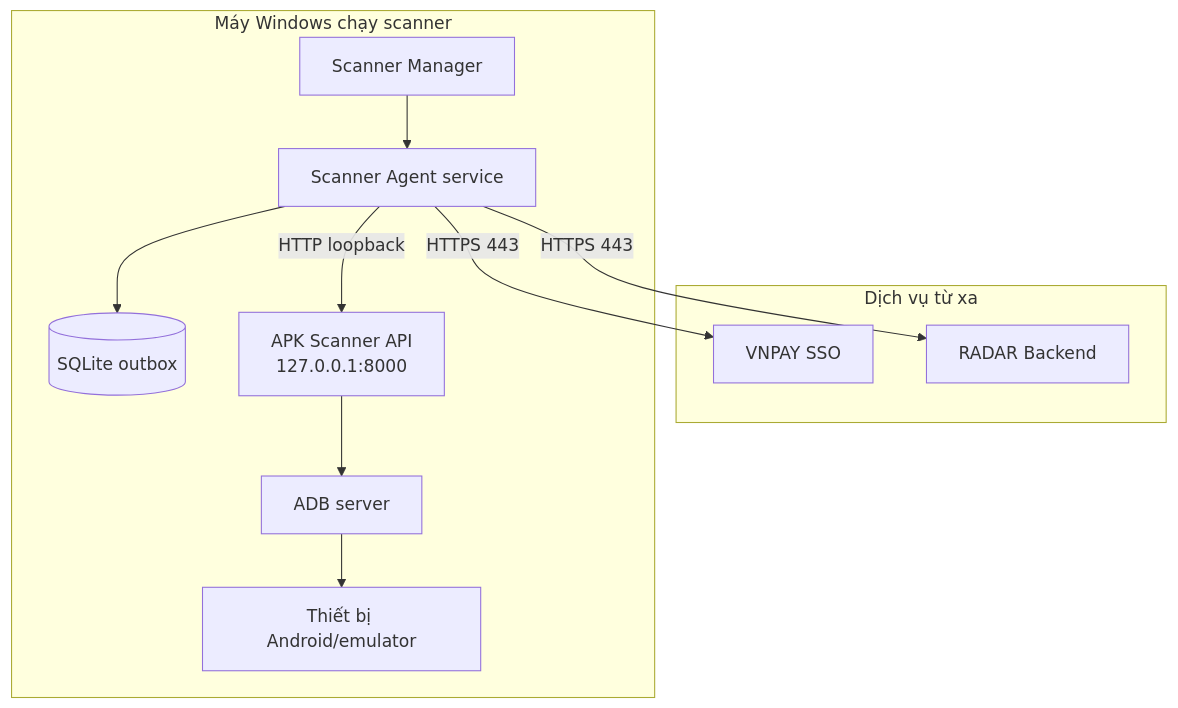
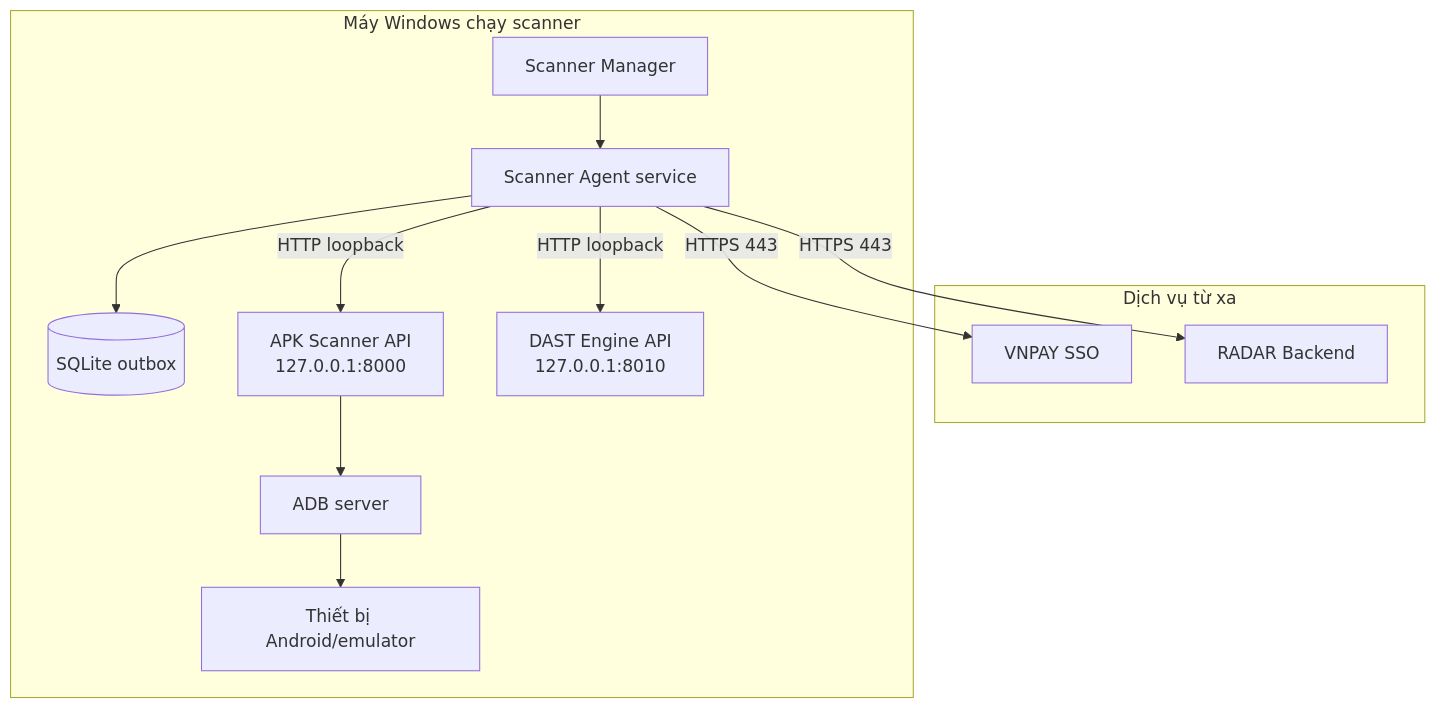
One commit to xuancanhit99/vnpay-radar-scanner-agent changed the first of 2 diagrams in docs/architecture.md. Above: the diagram before and after it, drawn with Mermaid. The commit also changed other lines of this file and 23 other files, not shown here.

Commit message:
feat(dast): add engine worker support

````diff
--- a/docs/architecture.md
+++ b/docs/architecture.md
@@ -26,23 +27,25 @@
 ```mermaid
 flowchart TB
     subgraph Remote["Dịch vụ từ xa"]
         SSO["VNPAY SSO"]
         Radar["RADAR Backend"]
     end
 
     subgraph Windows["Máy Windows chạy scanner"]
         Manager["Scanner Manager"]
         Agent["Scanner Agent service"]
         Outbox[("SQLite outbox")]
         Scanner["APK Scanner API<br/>127.0.0.1:8000"]
+        Dast["DAST Engine API<br/>127.0.0.1:8010"]
         ADB["ADB server"]
         Device["Thiết bị Android/emulator"]
     end
 
     Manager --> Agent
     Agent --> Outbox
     Agent -->|"HTTPS 443"| SSO
     Agent -->|"HTTPS 443"| Radar
     Agent -->|"HTTP loopback"| Scanner
+    Agent -->|"HTTP loopback"| Dast
     Scanner --> ADB --> Device
 ```
````
